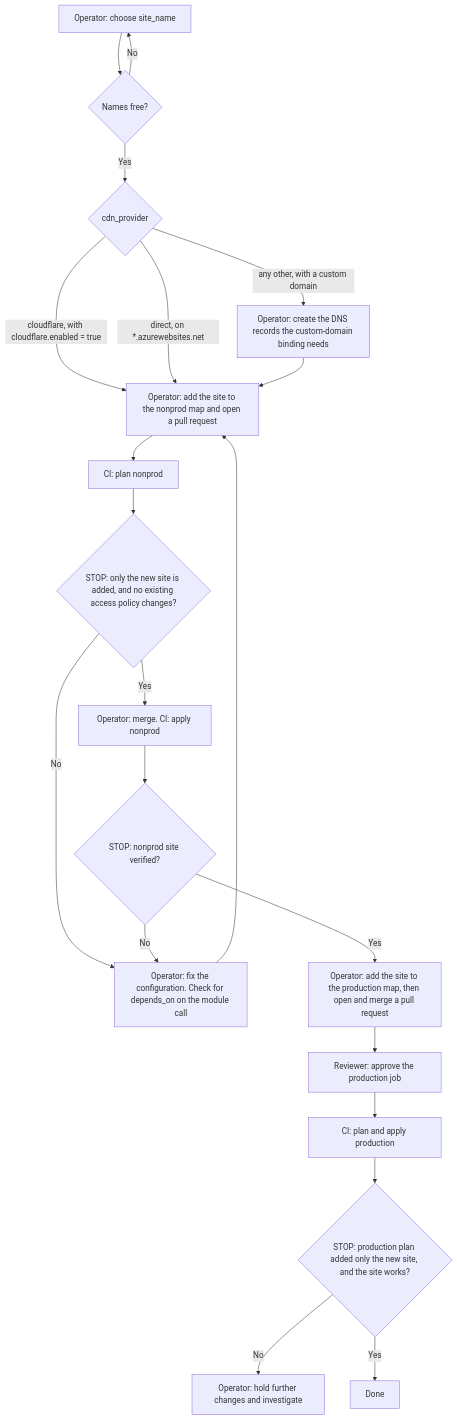
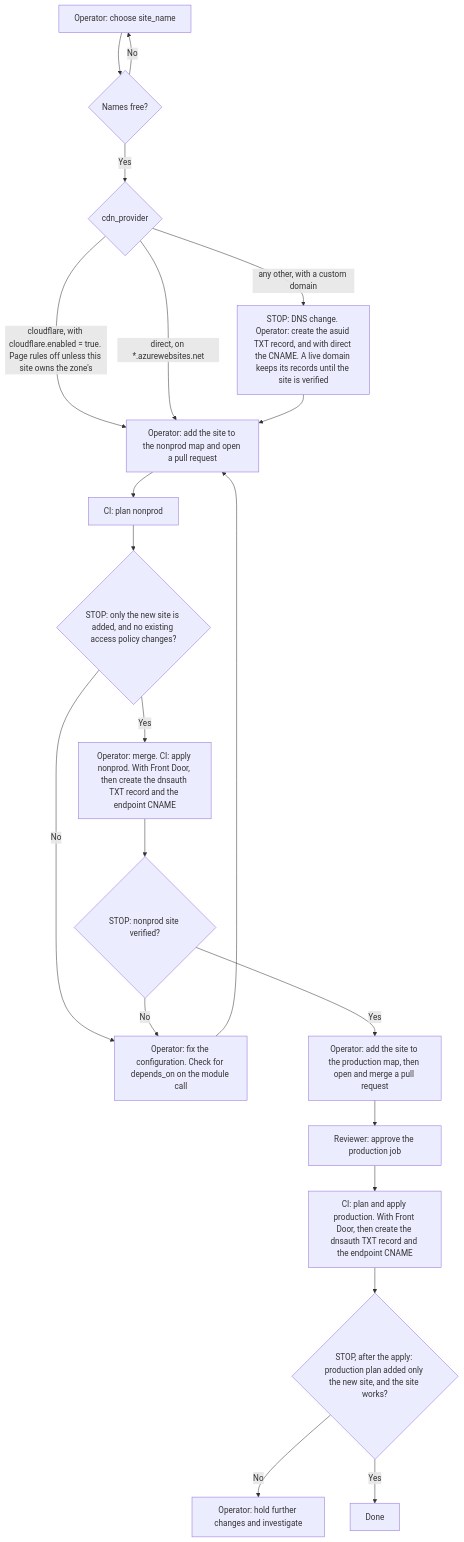
One commit to agenticcodingops/azure-wordpress changed the second of 2 diagrams in docs/deployment-guide.md. Above: the diagram before and after it, drawn with Mermaid. The commit also changed other lines of this file and 25 other files, not shown here.

First line of the commit message:
docs: correct the adopter docs and module READMEs after their post-merge review (#82)

````diff
--- a/docs/deployment-guide.md
+++ b/docs/deployment-guide.md
@@ -517,23 +677,23 @@
 ```mermaid
 flowchart TD
     A["Operator: choose site_name"] --> B{"Names free?"}
     B -- No --> A
     B -- Yes --> C{"cdn_provider"}
-    C -- "cloudflare, with cloudflare.enabled = true" --> E["Operator: add the site to the nonprod map and open a pull request"]
-    C -- "any other, with a custom domain" --> D["Operator: create the DNS records the custom-domain binding needs"]
+    C -- "cloudflare, with cloudflare.enabled = true. Page rules off unless this site owns the zone's" --> E["Operator: add the site to the nonprod map and open a pull request"]
+    C -- "any other, with a custom domain" --> D["STOP: DNS change. Operator: create the asuid TXT record, and with direct the CNAME. A live domain keeps its records until the site is verified"]
     C -- "direct, on *.azurewebsites.net" --> E
     D --> E
     E --> F["CI: plan nonprod"]
     F --> G{"STOP: only the new site is added, and no existing access policy changes?"}
     G -- No --> H["Operator: fix the configuration. Check for depends_on on the module call"]
     H --> E
-    G -- Yes --> I["Operator: merge. CI: apply nonprod"]
+    G -- Yes --> I["Operator: merge. CI: apply nonprod. With Front Door, then create the dnsauth TXT record and the endpoint CNAME"]
     I --> J{"STOP: nonprod site verified?"}
     J -- No --> H
     J -- Yes --> K["Operator: add the site to the production map, then open and merge a pull request"]
     K --> L["Reviewer: approve the production job"]
-    L --> M["CI: plan and apply production"]
-    M --> N{"STOP: production plan added only the new site, and the site works?"}
+    L --> M["CI: plan and apply production. With Front Door, then create the dnsauth TXT record and the endpoint CNAME"]
+    M --> N{"STOP, after the apply: production plan added only the new site, and the site works?"}
     N -- No --> O["Operator: hold further changes and investigate"]
     N -- Yes --> P["Done"]
 ```
````
